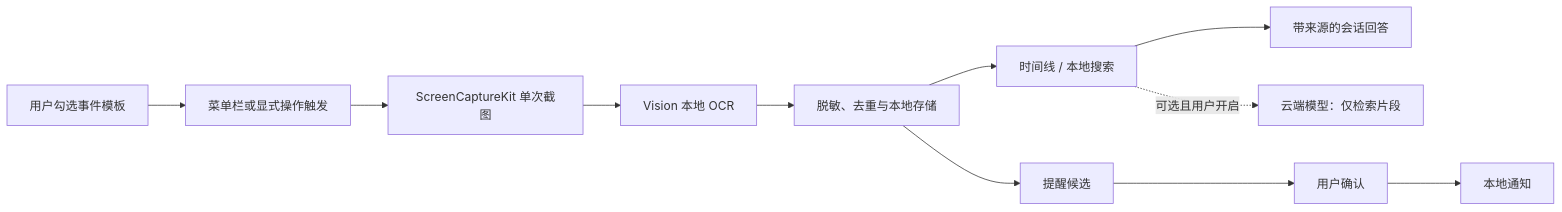
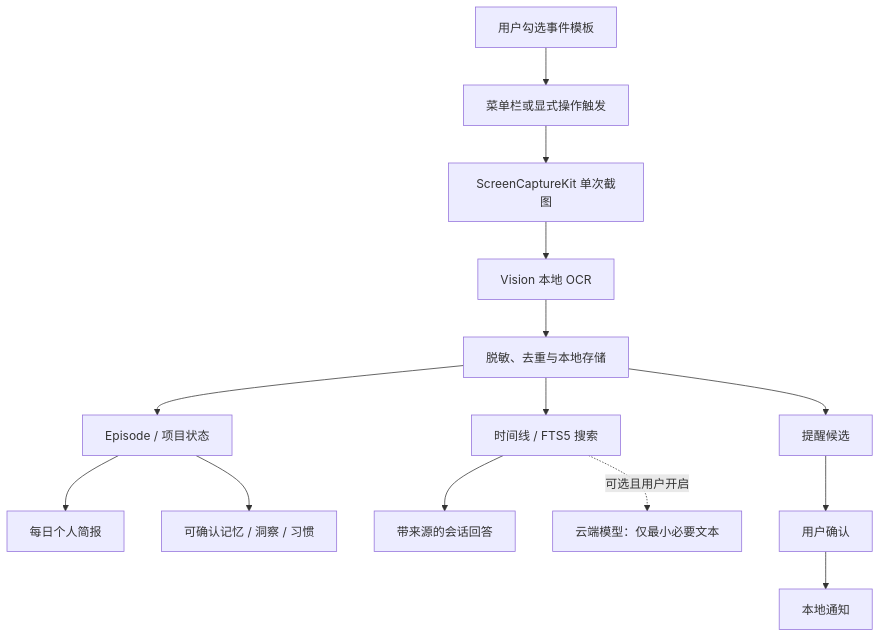
The diagram in README.md (samz406/Recall), drawn with Mermaid before and after one commit. The commit also changed other lines of this file and 18 other files, not shown here.

````diff
--- a/README.md
+++ b/README.md
@@ -26,13 +31,16 @@
 ```mermaid
-flowchart LR
+flowchart TD
     A[用户勾选事件模板] --> B[菜单栏或显式操作触发]
     B --> C[ScreenCaptureKit 单次截图]
     C --> D[Vision 本地 OCR]
     D --> E[脱敏、去重与本地存储]
-    E --> F[时间线 / 本地搜索]
-    F --> G[带来源的会话回答]
-    E --> H[提醒候选]
-    H --> I[用户确认]
-    I --> J[本地通知]
-    F -.可选且用户开启.-> K[云端模型：仅检索片段]
+    E --> F[Episode / 项目状态]
+    F --> G[每日个人简报]
+    F --> H[可确认记忆 / 洞察 / 习惯]
+    E --> I[时间线 / FTS5 搜索]
+    I --> J[带来源的会话回答]
+    E --> K[提醒候选]
+    K --> L[用户确认]
+    L --> M[本地通知]
+    I -.可选且用户开启.-> N[云端模型：仅最小必要文本]
 ```
````
